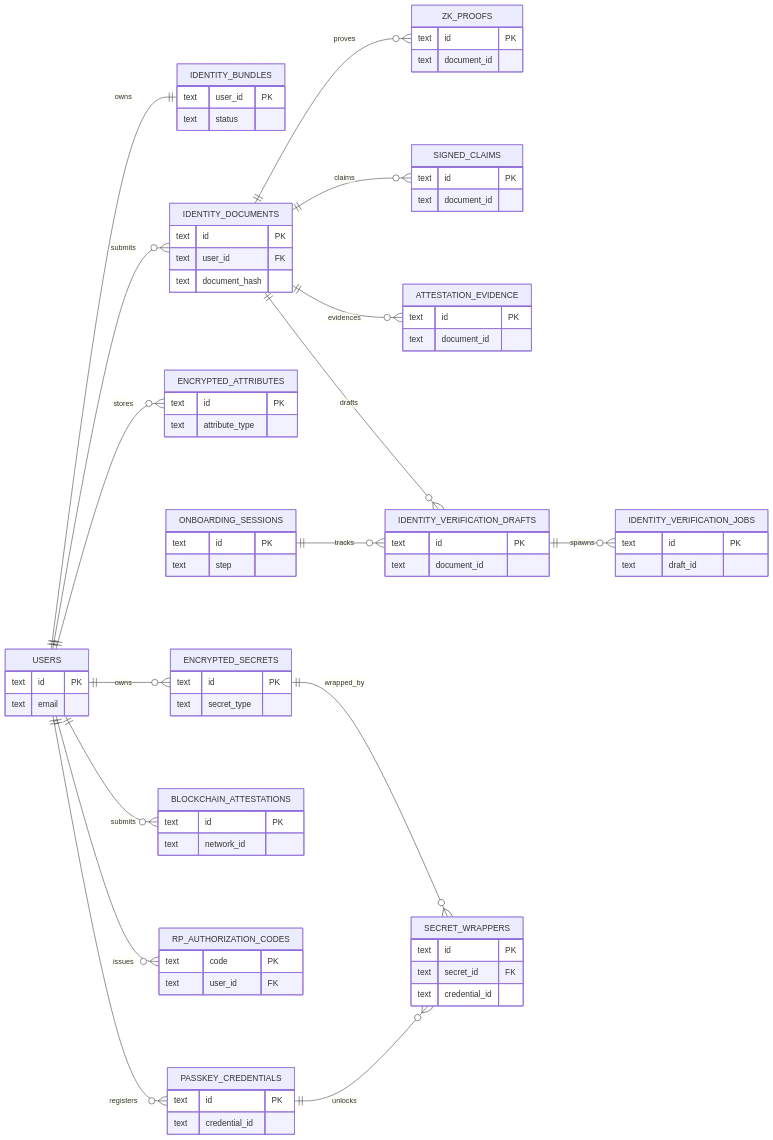
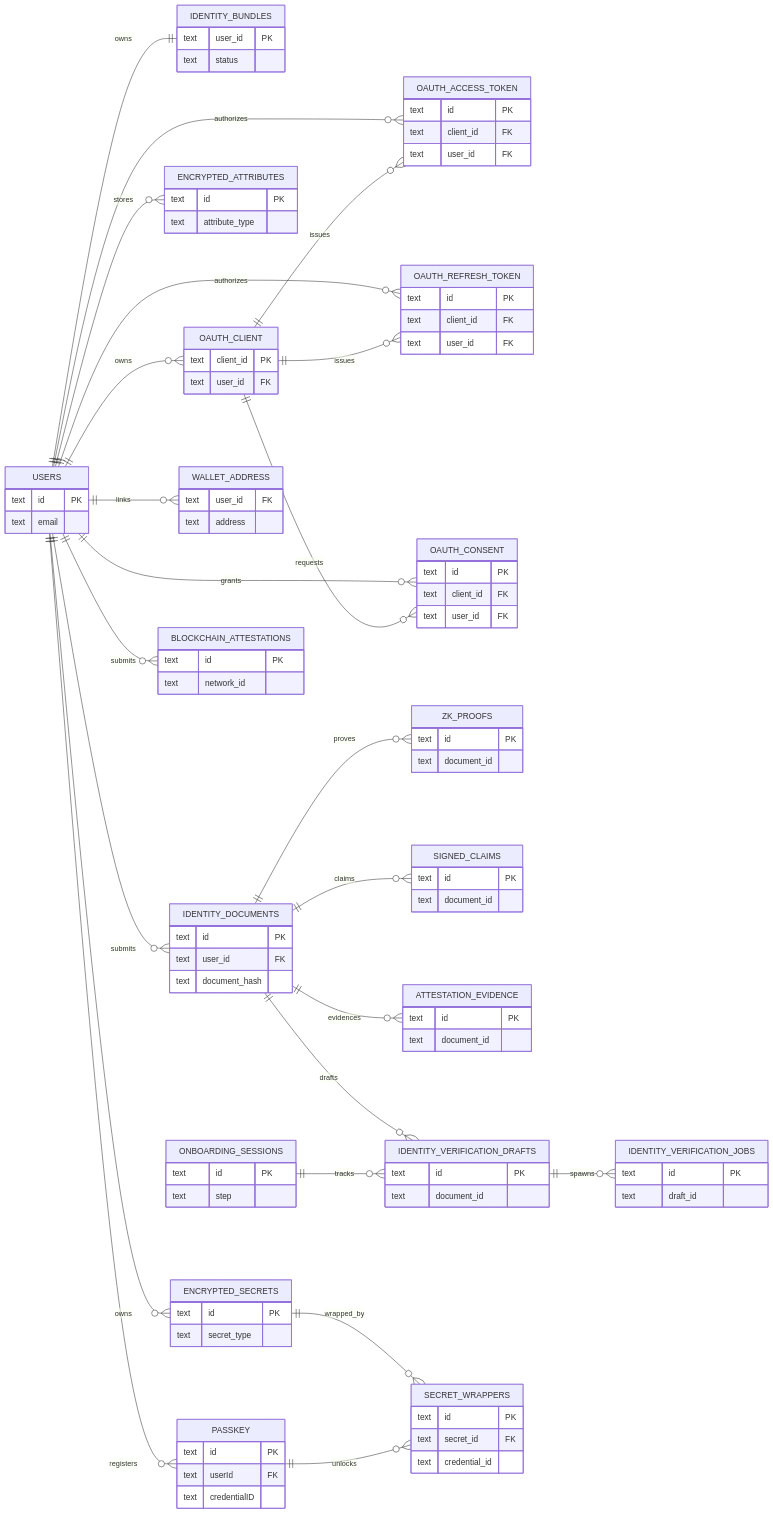
Before and after one commit to gustavovalverde/zentity: the diagram in docs/attestation-privacy-architecture.md, drawn with Mermaid. The commit also changed other lines of this file and 84 other files, not shown here.

````diff
--- a/docs/attestation-privacy-architecture.md
+++ b/docs/attestation-privacy-architecture.md
@@ -119,9 +119,17 @@
   USERS ||--o{ IDENTITY_DOCUMENTS : submits
   USERS ||--o{ ENCRYPTED_ATTRIBUTES : stores
   USERS ||--o{ ENCRYPTED_SECRETS : owns
-  USERS ||--o{ PASSKEY_CREDENTIALS : registers
+  USERS ||--o{ PASSKEY : registers
+  USERS ||--o{ WALLET_ADDRESS : links
+  USERS ||--o{ OAUTH_CLIENT : owns
+  USERS ||--o{ OAUTH_ACCESS_TOKEN : authorizes
+  USERS ||--o{ OAUTH_REFRESH_TOKEN : authorizes
+  USERS ||--o{ OAUTH_CONSENT : grants
   USERS ||--o{ BLOCKCHAIN_ATTESTATIONS : submits
-  USERS ||--o{ RP_AUTHORIZATION_CODES : issues
+
+  OAUTH_CLIENT ||--o{ OAUTH_ACCESS_TOKEN : issues
+  OAUTH_CLIENT ||--o{ OAUTH_REFRESH_TOKEN : issues
+  OAUTH_CLIENT ||--o{ OAUTH_CONSENT : requests
 
   IDENTITY_DOCUMENTS ||--o{ ZK_PROOFS : proves
   IDENTITY_DOCUMENTS ||--o{ SIGNED_CLAIMS : claims
@@ -132,7 +140,7 @@
   IDENTITY_VERIFICATION_DRAFTS ||--o{ IDENTITY_VERIFICATION_JOBS : spawns
 
   ENCRYPTED_SECRETS ||--o{ SECRET_WRAPPERS : wrapped_by
-  PASSKEY_CREDENTIALS ||--o{ SECRET_WRAPPERS : unlocks
+  PASSKEY ||--o{ SECRET_WRAPPERS : unlocks
 
   USERS {
     text id PK
@@ -184,16 +192,36 @@
     text secret_id FK
     text credential_id
   }
-  PASSKEY_CREDENTIALS {
+  PASSKEY {
     text id PK
-    text credential_id
+    text userId FK
+    text credentialID
+  }
+  WALLET_ADDRESS {
+    text user_id FK
+    text address
   }
   BLOCKCHAIN_ATTESTATIONS {
     text id PK
     text network_id
   }
-  RP_AUTHORIZATION_CODES {
-    text code PK
+  OAUTH_CLIENT {
+    text client_id PK
+    text user_id FK
+  }
+  OAUTH_ACCESS_TOKEN {
+    text id PK
+    text client_id FK
+    text user_id FK
+  }
+  OAUTH_REFRESH_TOKEN {
+    text id PK
+    text client_id FK
+    text user_id FK
+  }
+  OAUTH_CONSENT {
+    text id PK
+    text client_id FK
     text user_id FK
   }
 ```
````
